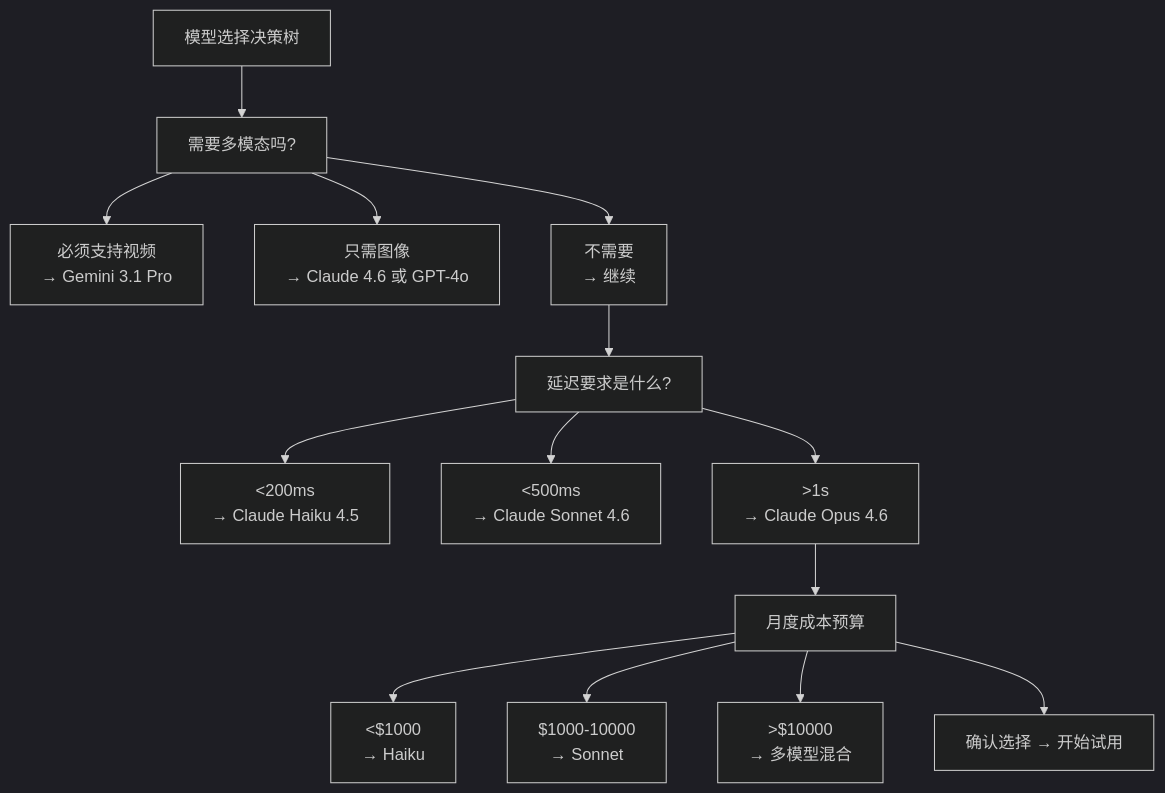
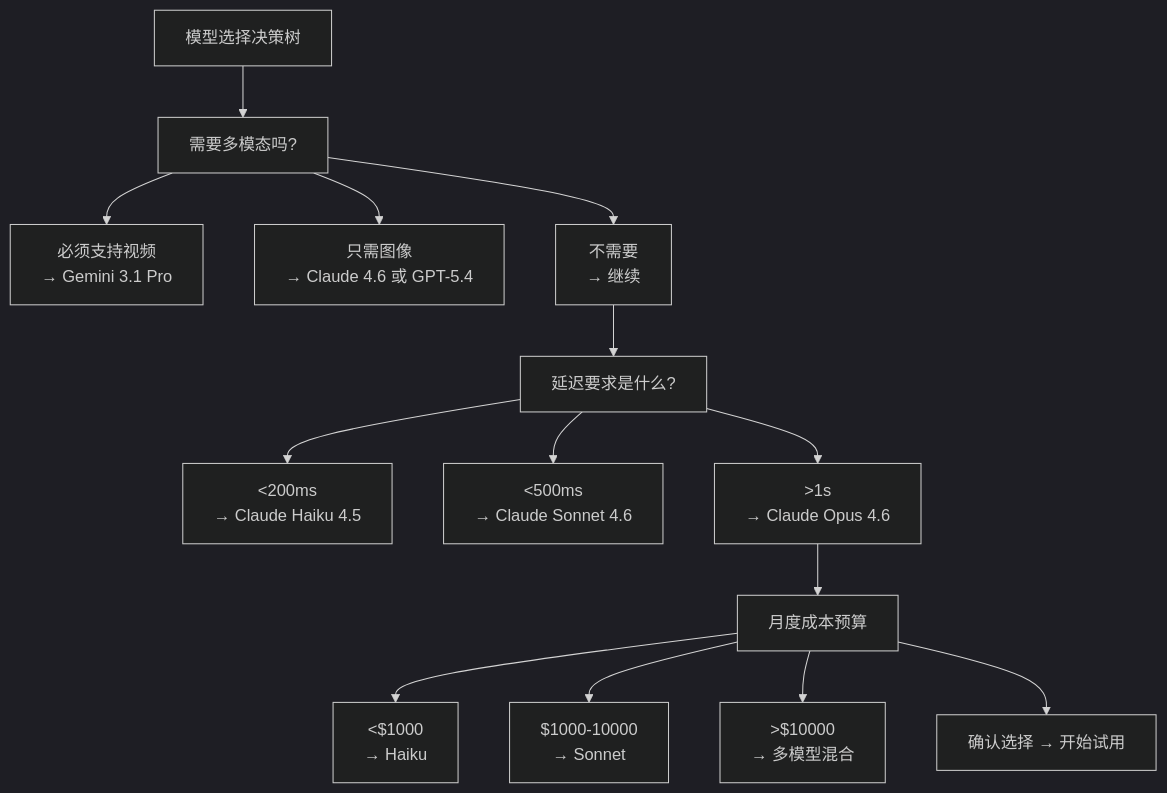
Before and after one commit to yeasy/claude_guide: the first of 3 diagrams in 12_appendix/12.6_model_comparison.md, drawn with Mermaid (dark theme). The commit also changed other lines of this file, not shown here.

Commit message:
Update model comparison from GPT-4o to GPT-5.4

````diff
--- a/12_appendix/12.6_model_comparison.md
+++ b/12_appendix/12.6_model_comparison.md
@@ -536,34 +541,34 @@
 ```mermaid
 graph TD
     A["模型选择决策树"]
     B["需要多模态吗?"]
     B1["必须支持视频<br/>→ Gemini 3.1 Pro"]
-    B2["只需图像<br/>→ Claude 4.6 或 GPT-4o"]
+    B2["只需图像<br/>→ Claude 4.6 或 GPT-5.4"]
     B3["不需要<br/>→ 继续"]
 
     C["延迟要求是什么?"]
     C1["<200ms<br/>→ Claude Haiku 4.5"]
     C2["<500ms<br/>→ Claude Sonnet 4.6"]
     C3[">1s<br/>→ Claude Opus 4.6"]
 
     D["月度成本预算"]
     D1["<$1000<br/>→ Haiku"]
     D2["$1000-10000<br/>→ Sonnet"]
     D3[">$10000<br/>→ 多模型混合"]
 
     E["确认选择 → 开始试用"]
 
     A --> B
     B --> B1
     B --> B2
     B --> B3
     B3 --> C
     C --> C1
     C --> C2
     C --> C3
     C3 --> D
     D --> D1
     D --> D2
     D --> D3
     D --> E
 ```
````
